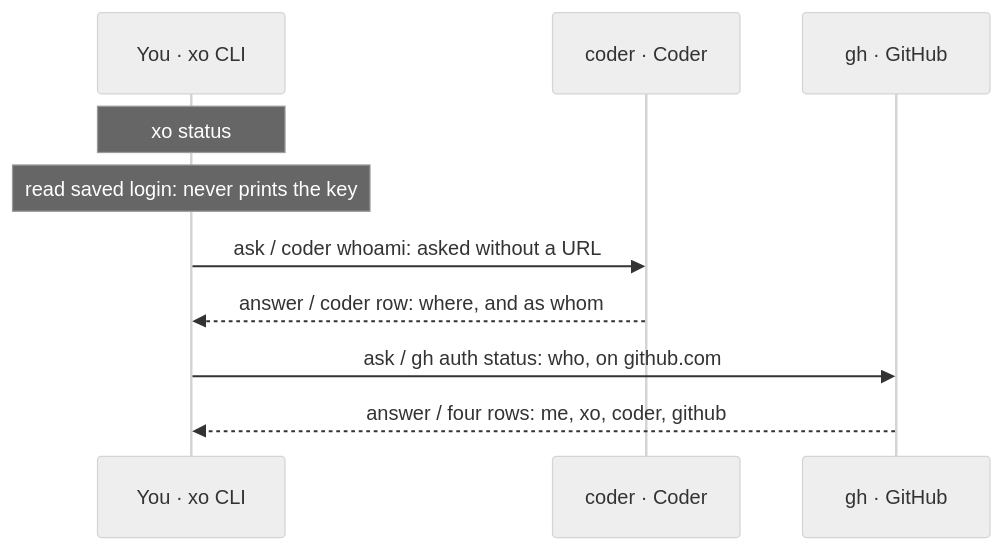
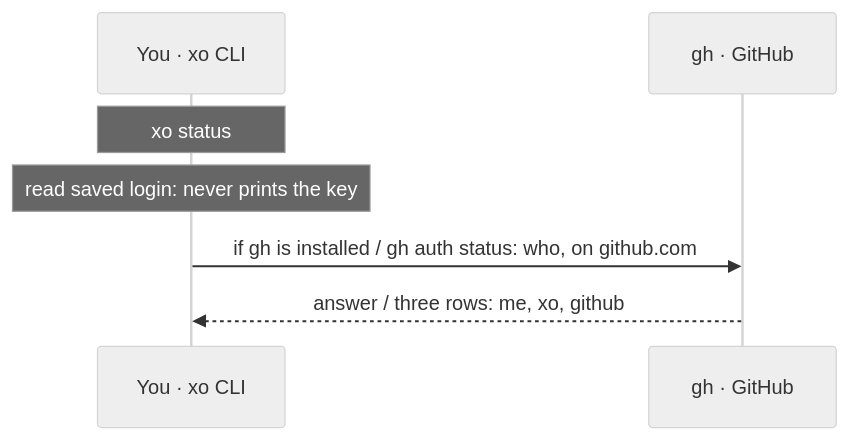
One commit to quirq-ai/xo changed the fifth of 30 diagrams in docs/architecture.md. Above: the diagram before and after it, drawn with Mermaid (neutral theme). The commit also changed other lines of this file and 18 other files, not shown here.

````diff
--- a/docs/architecture.md
+++ b/docs/architecture.md
@@ -153,12 +141,9 @@
 ```mermaid
 sequenceDiagram
   participant Cli as You · xo CLI
-  participant Coder as coder · Coder
   participant Gh as gh · GitHub
   Note over Cli: xo status
   Note over Cli: read saved login: never prints the key
-  Cli->>Coder: ask / coder whoami: asked without a URL
-  Coder-->>Cli: answer / coder row: where, and as whom
-  Cli->>Gh: ask / gh auth status: who, on github.com
-  Gh-->>Cli: answer / four rows: me, xo, coder, github
+  Cli->>Gh: if gh is installed / gh auth status: who, on github.com
+  Gh-->>Cli: answer / three rows: me, xo, github
 ```
````
